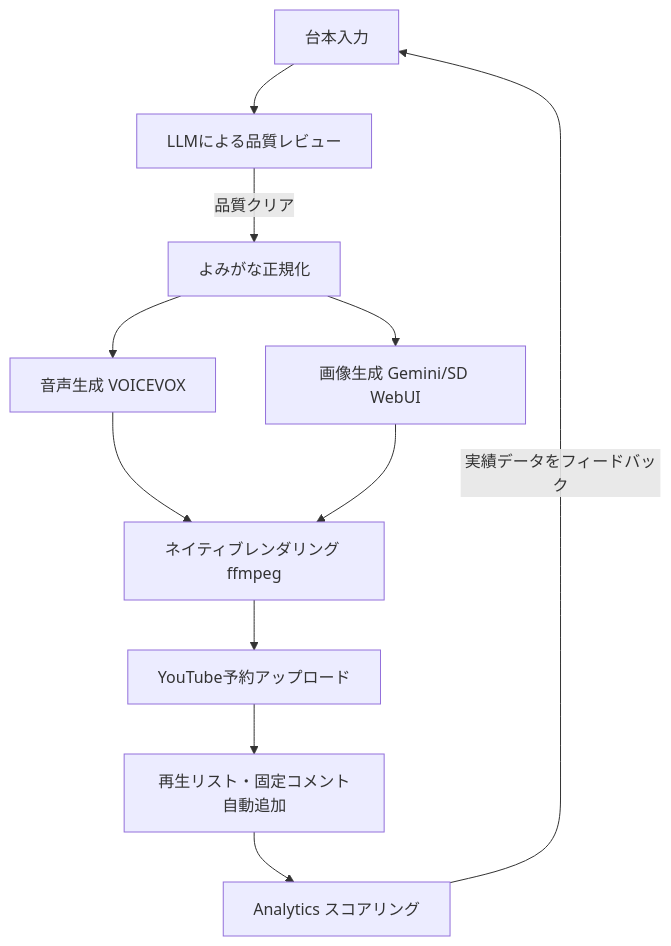
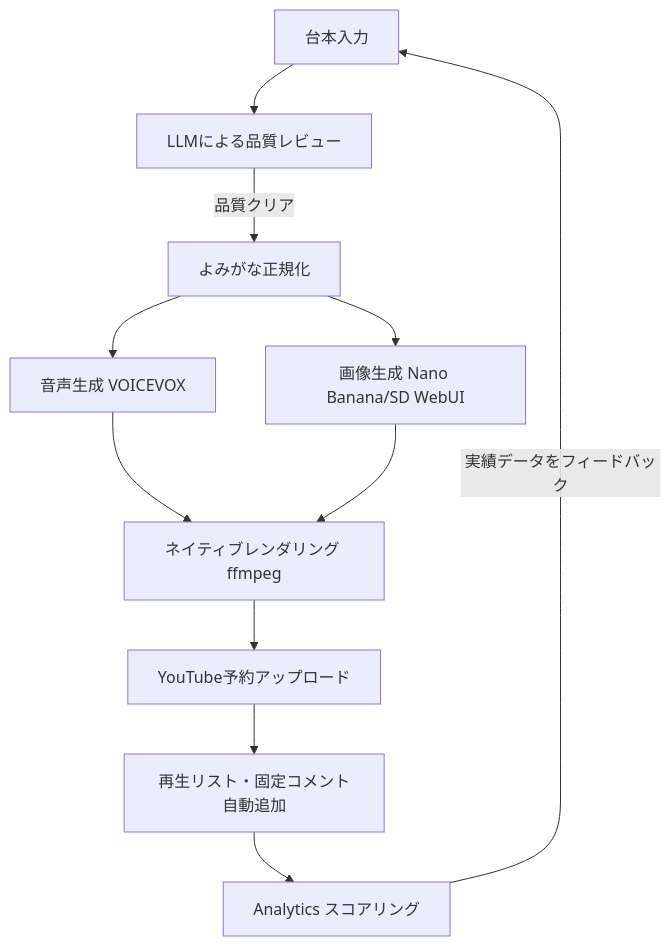
One commit to benybeny777/PicoCast changed the diagram in README.md. Above: the diagram before and after it, drawn with Mermaid. The commit also changed other lines of this file and 4 other files, not shown here.

````diff
--- a/README.md
+++ b/README.md
@@ -61,13 +62,13 @@
 ```mermaid
 graph TD
     A[台本入力] --> B[LLMによる品質レビュー]
     B -->|品質クリア| C[よみがな正規化]
     C --> D[音声生成 VOICEVOX]
-    C --> E[画像生成 Gemini/SD WebUI]
+    C --> E[画像生成 Nano Banana/SD WebUI]
     D --> F[ネイティブレンダリング ffmpeg]
     E --> F
     F --> G[YouTube予約アップロード]
     G --> H[再生リスト・固定コメント自動追加]
     H --> I[Analytics スコアリング]
     I -->|実績データをフィードバック| A
 ```
````
